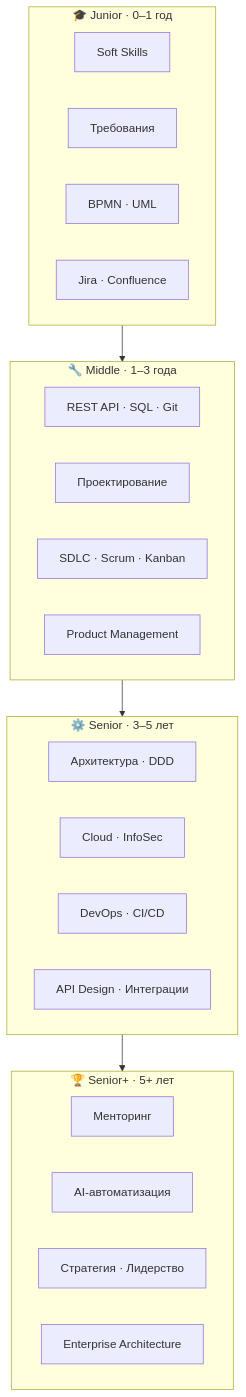
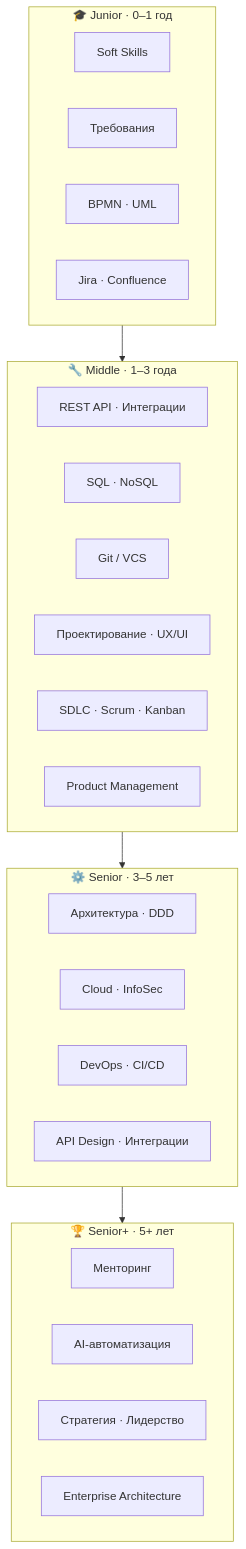
The second of 2 diagrams in README.md (analystRoadmap/analyst_book), drawn with Mermaid before and after one commit. The commit also changed other lines of this file and 102 other files, not shown here.

Commit message:
Update roadmap

````diff
--- a/README.md
+++ b/README.md
@@ -106,32 +106,43 @@
 ```mermaid
 flowchart TD
     subgraph Junior["🎓 Junior · 0–1 год"]
       J1[Soft Skills]
       J2[Требования]
       J3["BPMN · UML"]
       J4["Jira · Confluence"]
     end
 
     subgraph Middle["🔧 Middle · 1–3 года"]
-      M1["REST API · SQL · Git"]
-      M2[Проектирование]
+      M1["REST API · Интеграции"]
+      M1b["SQL · NoSQL"]
+      M1c["Git / VCS"]
+      M2["Проектирование · UX/UI"]
       M3["SDLC · Scrum · Kanban"]
       M4[Product Management]
     end
 
     subgraph Senior["⚙️ Senior · 3–5 лет"]
       S1["Архитектура · DDD"]
       S2["Cloud · InfoSec"]
       S3["DevOps · CI/CD"]
       S4["API Design · Интеграции"]
     end
 
     subgraph SeniorPlus["🏆 Senior+ · 5+ лет"]
       SP1[Менторинг]
       SP2[AI-автоматизация]
       SP3[Стратегия · Лидерство]
       SP4[Enterprise Architecture]
     end
 
     Junior --> Middle --> Senior --> SeniorPlus
+
+    click M1 href "https://roadmap.sh/api-design" _blank
+    click M1b href "https://roadmap.sh/sql" _blank
+    click M1c href "https://roadmap.sh/git-github" _blank
+    click M2 href "https://roadmap.sh/ux-design" _blank
+    click S1 href "https://roadmap.sh/software-design-architecture" _blank
+    click S2 href "https://roadmap.sh/cyber-security" _blank
+    click S3 href "https://roadmap.sh/devops" _blank
+    click S4 href "https://roadmap.sh/system-design" _blank
 ```
````
